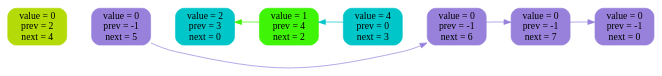
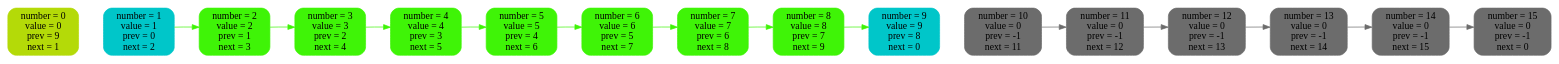
The diagram in list_log/img/10.dot (2210223t-lang/2-linked-list), drawn with Graphviz before and after one commit. The commit also changed 15 other files, not shown here.

```diff
--- a/list_log/img/10.dot
+++ b/list_log/img/10.dot
@@ -1,23 +1,47 @@
 digraph {
 rankdir = LR
-n0 [ label = "value = 0\nprev = 2\nnext = 4", shape = Mrecord, fontsize = 14,style = filled, color = "#b4da08" ]
-n1 [ label = "value = 0\nprev = -1\nnext = 5", shape = Mrecord, fontsize = 14,style = filled, color = "#9781db" ]
-n2 [ label = "value = 2\nprev = 3\nnext = 0", shape = Mrecord, fontsize = 14,style = filled, color = "#00c6c9" ]
-n3 [ label = "value = 1\nprev = 4\nnext = 2", shape = Mrecord, fontsize = 14,style = filled, color = "#3ff407" ]
-n4 [ label = "value = 4\nprev = 0\nnext = 3", shape = Mrecord, fontsize = 14,style = filled, color = "#00c6c9" ]
-n5 [ label = "value = 0\nprev = -1\nnext = 6", shape = Mrecord, fontsize = 14,style = filled, color = "#9781db" ]
-n6 [ label = "value = 0\nprev = -1\nnext = 7", shape = Mrecord, fontsize = 14,style = filled, color = "#9781db" ]
-n7 [ label = "value = 0\nprev = -1\nnext = 0", shape = Mrecord, fontsize = 14,style = filled, color = "#9781db" ]
-n0 -> n1 [ style = invis, weight = 100 ]
-n1 -> n2 [ style = invis, weight = 100 ]
-n2 -> n3 [ style = invis, weight = 100 ]
-n3 -> n4 [ style = invis, weight = 100 ]
-n4 -> n5 [ style = invis, weight = 100 ]
-n5 -> n6 [ style = invis, weight = 100 ]
-n6 -> n7 [ style = invis, weight = 100 ]
-n1 -> n5 [style = filled, color = "#9781db" ]
-n3 -> n2 [style = filled, color = "#3ff407" ]
-n4 -> n3 [style = filled, color = "#00c6c9" ]
-n5 -> n6 [style = filled, color = "#9781db" ]
-n6 -> n7 [style = filled, color = "#9781db" ]
+n0 [ label = "number = 0\nvalue = 0\nprev = 9\nnext = 1", shape = Mrecord, fontsize = 14,style = filled, color = "#b4da08" ]
+n1 [ label = "number = 1\nvalue = 1\nprev = 0\nnext = 2", shape = Mrecord, fontsize = 14,style = filled, color = "#00c6c9" ]
+n2 [ label = "number = 2\nvalue = 2\nprev = 1\nnext = 3", shape = Mrecord, fontsize = 14,style = filled, color = "#3ff407" ]
+n3 [ label = "number = 3\nvalue = 3\nprev = 2\nnext = 4", shape = Mrecord, fontsize = 14,style = filled, color = "#3ff407" ]
+n4 [ label = "number = 4\nvalue = 4\nprev = 3\nnext = 5", shape = Mrecord, fontsize = 14,style = filled, color = "#3ff407" ]
+n5 [ label = "number = 5\nvalue = 5\nprev = 4\nnext = 6", shape = Mrecord, fontsize = 14,style = filled, color = "#3ff407" ]
+n6 [ label = "number = 6\nvalue = 6\nprev = 5\nnext = 7", shape = Mrecord, fontsize = 14,style = filled, color = "#3ff407" ]
+n7 [ label = "number = 7\nvalue = 7\nprev = 6\nnext = 8", shape = Mrecord, fontsize = 14,style = filled, color = "#3ff407" ]
+n8 [ label = "number = 8\nvalue = 8\nprev = 7\nnext = 9", shape = Mrecord, fontsize = 14,style = filled, color = "#3ff407" ]
+n9 [ label = "number = 9\nvalue = 9\nprev = 8\nnext = 0", shape = Mrecord, fontsize = 14,style = filled, color = "#00c6c9" ]
+n10 [ label = "number = 10\nvalue = 0\nprev = -1\nnext = 11", shape = Mrecord, fontsize = 14,style = filled, color = "#6c6c6c" ]
+n11 [ label = "number = 11\nvalue = 0\nprev = -1\nnext = 12", shape = Mrecord, fontsize = 14,style = filled, color = "#6c6c6c" ]
+n12 [ label = "number = 12\nvalue = 0\nprev = -1\nnext = 13", shape = Mrecord, fontsize = 14,style = filled, color = "#6c6c6c" ]
+n13 [ label = "number = 13\nvalue = 0\nprev = -1\nnext = 14", shape = Mrecord, fontsize = 14,style = filled, color = "#6c6c6c" ]
+n14 [ label = "number = 14\nvalue = 0\nprev = -1\nnext = 15", shape = Mrecord, fontsize = 14,style = filled, color = "#6c6c6c" ]
+n15 [ label = "number = 15\nvalue = 0\nprev = -1\nnext = 0", shape = Mrecord, fontsize = 14,style = filled, color = "#6c6c6c" ]
+n0 -> n1 [ style = invis, weight = 10000 ]
+n1 -> n2 [ style = invis, weight = 10000 ]
+n2 -> n3 [ style = invis, weight = 10000 ]
+n3 -> n4 [ style = invis, weight = 10000 ]
+n4 -> n5 [ style = invis, weight = 10000 ]
+n5 -> n6 [ style = invis, weight = 10000 ]
+n6 -> n7 [ style = invis, weight = 10000 ]
+n7 -> n8 [ style = invis, weight = 10000 ]
+n8 -> n9 [ style = invis, weight = 10000 ]
+n9 -> n10 [ style = invis, weight = 10000 ]
+n10 -> n11 [ style = invis, weight = 10000 ]
+n11 -> n12 [ style = invis, weight = 10000 ]
+n12 -> n13 [ style = invis, weight = 10000 ]
+n13 -> n14 [ style = invis, weight = 10000 ]
+n14 -> n15 [ style = invis, weight = 10000 ]
+n1 -> n2 [ color = "#3ff407" ]
+n2 -> n3 [ color = "#3ff407" ]
+n3 -> n4 [ color = "#3ff407" ]
+n4 -> n5 [ color = "#3ff407" ]
+n5 -> n6 [ color = "#3ff407" ]
+n6 -> n7 [ color = "#3ff407" ]
+n7 -> n8 [ color = "#3ff407" ]
+n8 -> n9 [ color = "#3ff407" ]
+n10 -> n11 [ color = "#6c6c6c" ]
+n11 -> n12 [ color = "#6c6c6c" ]
+n12 -> n13 [ color = "#6c6c6c" ]
+n13 -> n14 [ color = "#6c6c6c" ]
+n14 -> n15 [ color = "#6c6c6c" ]
 }
```
